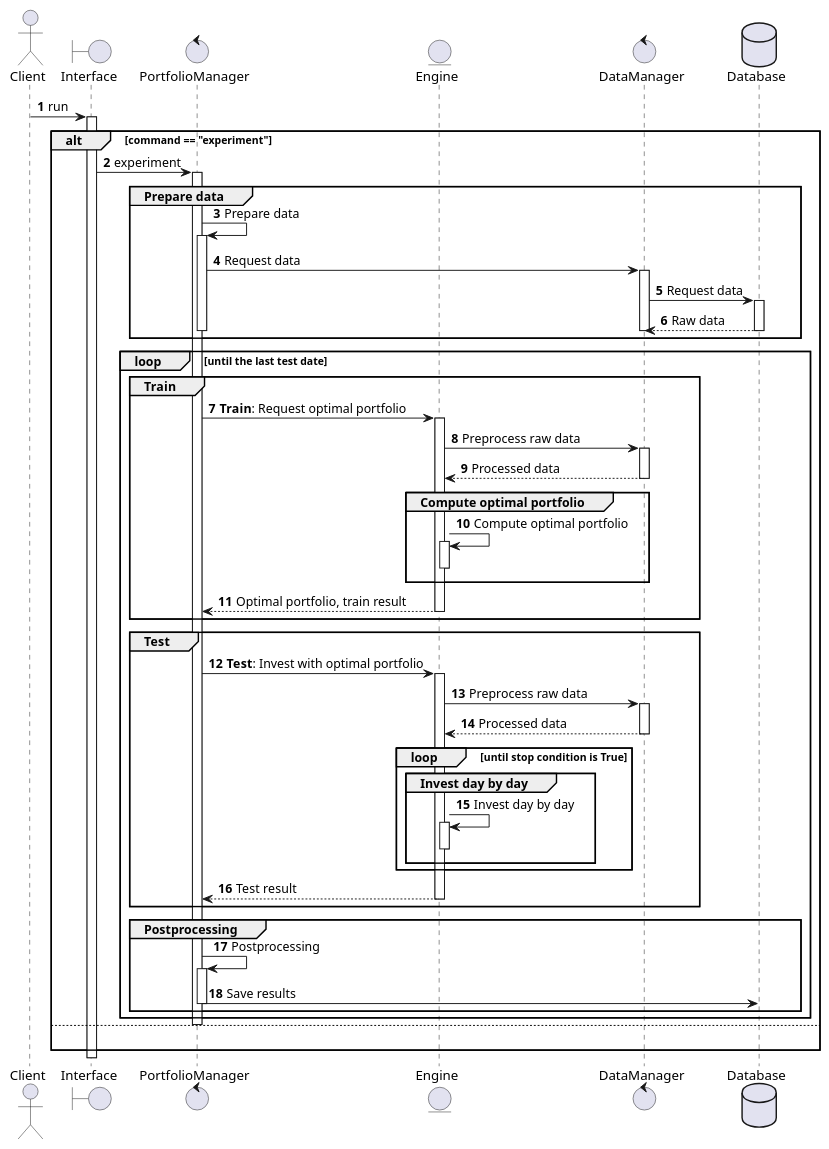
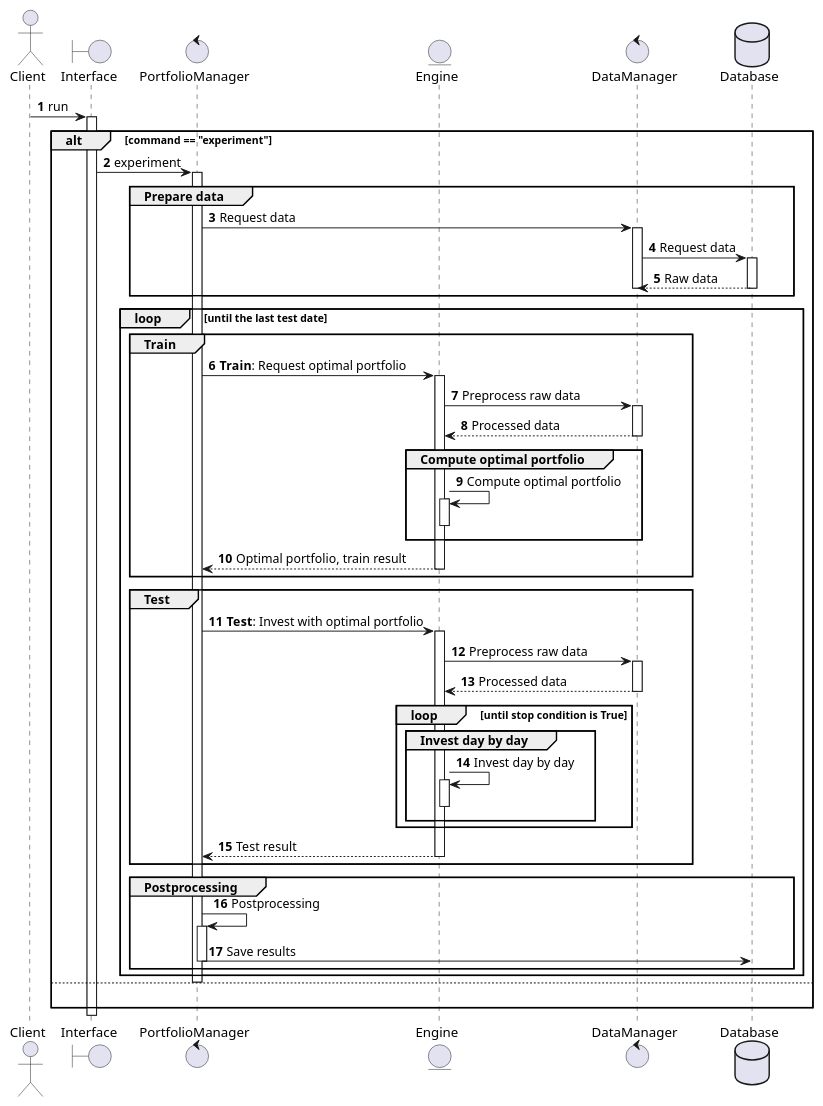
One commit to alchemine/enhanced-index-tracking changed the diagram in algorithm/full_process.puml. Above: the diagram before and after it, drawn with PlantUML.

Commit message:
Update diagram

```diff
--- a/algorithm/full_process.puml
+++ b/algorithm/full_process.puml
@@ -1,60 +1,58 @@
 @startuml
 autonumber
 
 actor Client as C
 boundary Interface as I
 control PortfolioManager as PM
 entity Engine as E
 control DataManager as DM
 database Database as DB
 
 
 C -> I ++: run
     alt command == "experiment"
         I -> PM ++: experiment
             group Prepare data
-                PM -> PM ++: Prepare data
-                    PM -> DM ++: Request data
-                        DM -> DB ++: Request data
-                            return Raw data
-                        deactivate
-                deactivate
+                PM -> DM ++: Request data
+                    DM -> DB ++: Request data
+                        return Raw data
+                    deactivate
             end
 
             loop until the last test date
                 group Train
                     PM -> E ++: **Train**: Request optimal portfolio
                         E -> DM ++: Preprocess raw data
                             return Processed data
 
                         group Compute optimal portfolio
                             E -> E ++: Compute optimal portfolio
                             deactivate
                         end
                         return Optimal portfolio, train result
                 end
 
                 group Test
                     PM -> E ++: **Test**: Invest with optimal portfolio
                         E -> DM ++: Preprocess raw data
                             return Processed data
                         loop until stop condition is True
                             group Invest day by day
                                 E -> E ++: Invest day by day
                                 deactivate
                             end
                         end
                         return Test result
                 end
 
                 group Postprocessing
                     PM -> PM ++: Postprocessing
                         PM -> DB: Save results
                     deactivate
                 end
             end
         deactivate
     else
         |||
     end
 @enduml
```
